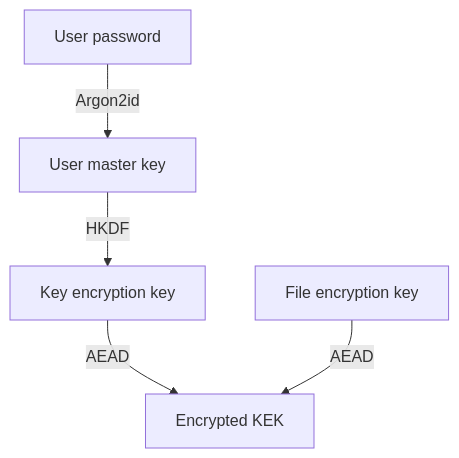
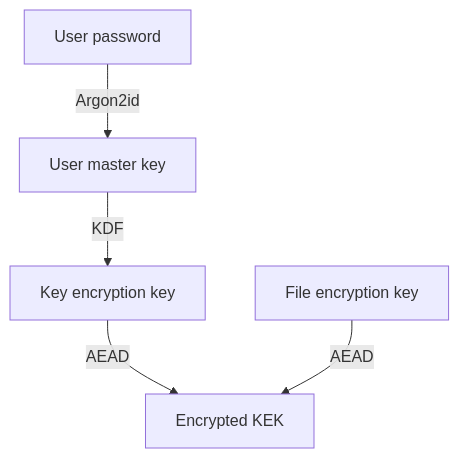
One commit to MoveToEx/vault changed the first of 5 diagrams in frontend/SPEC.md. Above: the diagram before and after it, drawn with Mermaid. The commit also changed other lines of this file and 10 other files, not shown here.

````diff
--- a/frontend/SPEC.md
+++ b/frontend/SPEC.md
@@ -3,15 +3,15 @@
 ```mermaid
 flowchart TB
 
 pswd[User password]
 umk[User master key]
 fek[File encryption key]
 kek[Key encryption key]
 efek[Encrypted KEK]
 
 pswd --Argon2id--> umk
-umk --HKDF--> kek
+umk --KDF--> kek
 kek --AEAD--> efek
 fek --AEAD--> efek
 
 ```
````
